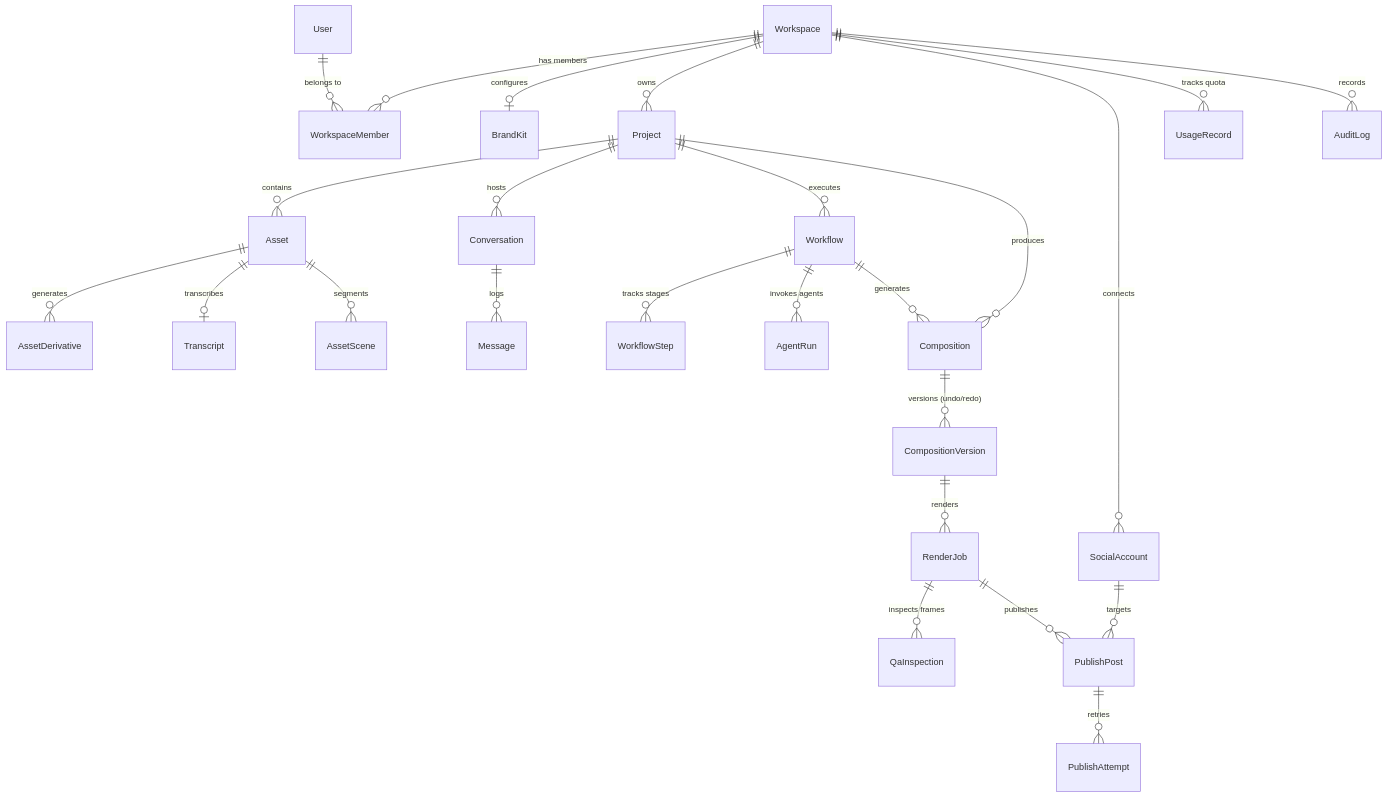
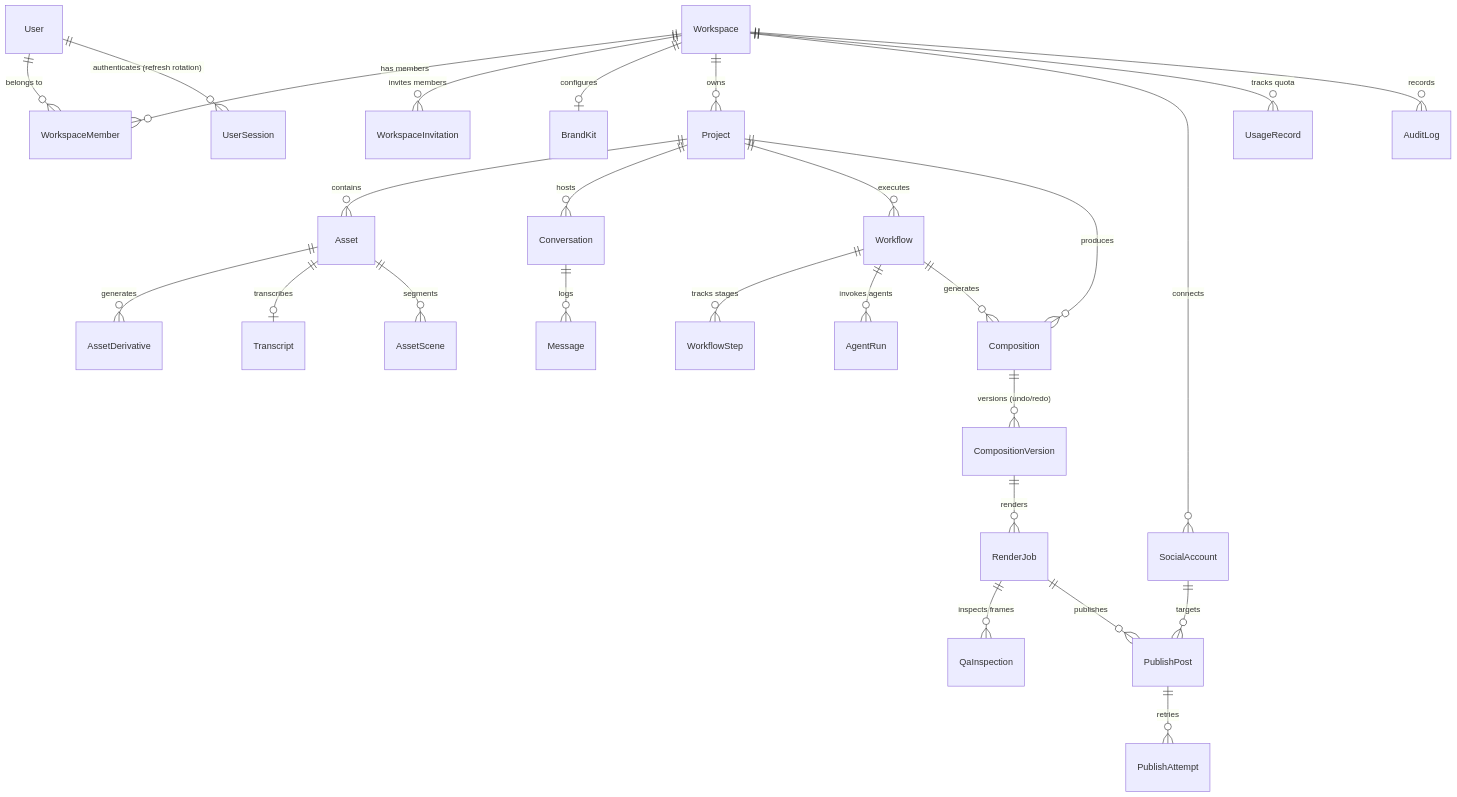
The diagram in docs/DATABASE_SCHEMA.md (Nirbheekk/AI-Content-Studio), drawn with Mermaid before and after one commit. The commit also changed other lines of this file and 46 other files, not shown here.

Commit message:
feat(phase1): implement auth, refresh rotation, workspace RBAC, MinIO asset pipeline, dashboard, AI studio SSE, and web SaaS UI

````diff
--- a/docs/DATABASE_SCHEMA.md
+++ b/docs/DATABASE_SCHEMA.md
@@ -5,32 +5,34 @@
 ```mermaid
 erDiagram
     User ||--o{ WorkspaceMember : "belongs to"
+    User ||--o{ UserSession : "authenticates (refresh rotation)"
     Workspace ||--o{ WorkspaceMember : "has members"
+    Workspace ||--o{ WorkspaceInvitation : "invites members"
     Workspace ||--o| BrandKit : "configures"
     Workspace ||--o{ Project : "owns"
     Workspace ||--o{ SocialAccount : "connects"
     Workspace ||--o{ UsageRecord : "tracks quota"
     Workspace ||--o{ AuditLog : "records"
 
     Project ||--o{ Asset : "contains"
     Project ||--o{ Conversation : "hosts"
     Project ||--o{ Workflow : "executes"
     Project ||--o{ Composition : "produces"
 
     Asset ||--o{ AssetDerivative : "generates"
     Asset ||--o| Transcript : "transcribes"
     Asset ||--o{ AssetScene : "segments"
 
     Conversation ||--o{ Message : "logs"
     Workflow ||--o{ WorkflowStep : "tracks stages"
     Workflow ||--o{ AgentRun : "invokes agents"
     Workflow ||--o{ Composition : "generates"
 
     Composition ||--o{ CompositionVersion : "versions (undo/redo)"
     CompositionVersion ||--o{ RenderJob : "renders"
     RenderJob ||--o{ QaInspection : "inspects frames"
     RenderJob ||--o{ PublishPost : "publishes"
 
     SocialAccount ||--o{ PublishPost : "targets"
     PublishPost ||--o{ PublishAttempt : "retries"
 ```
````
